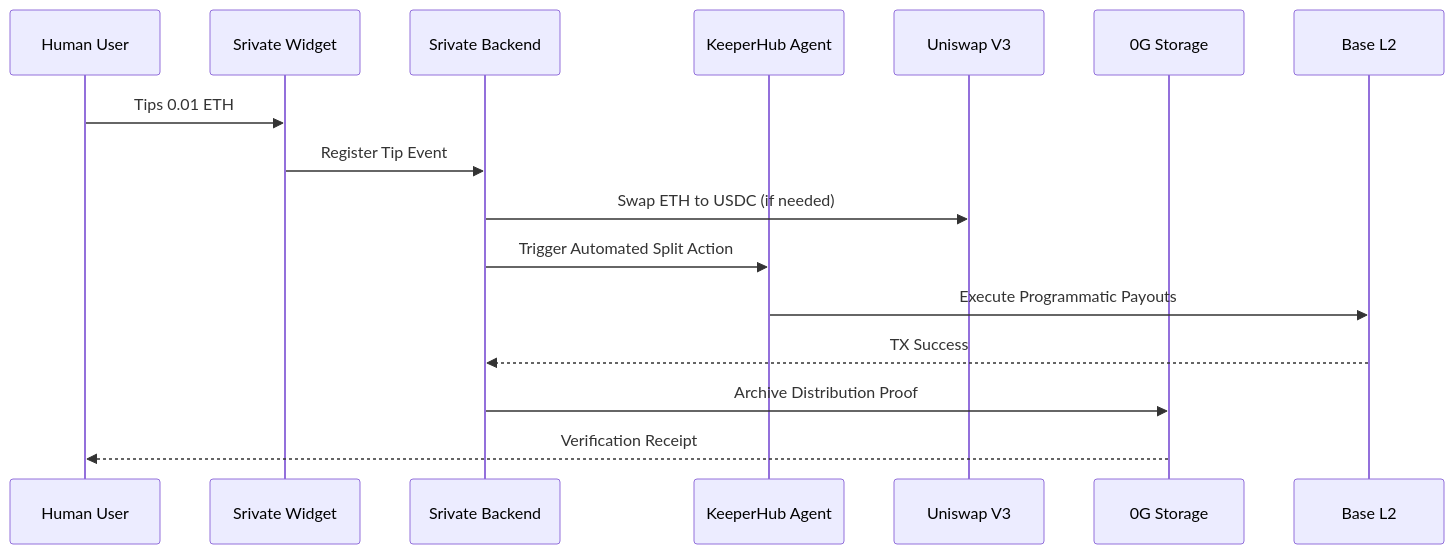
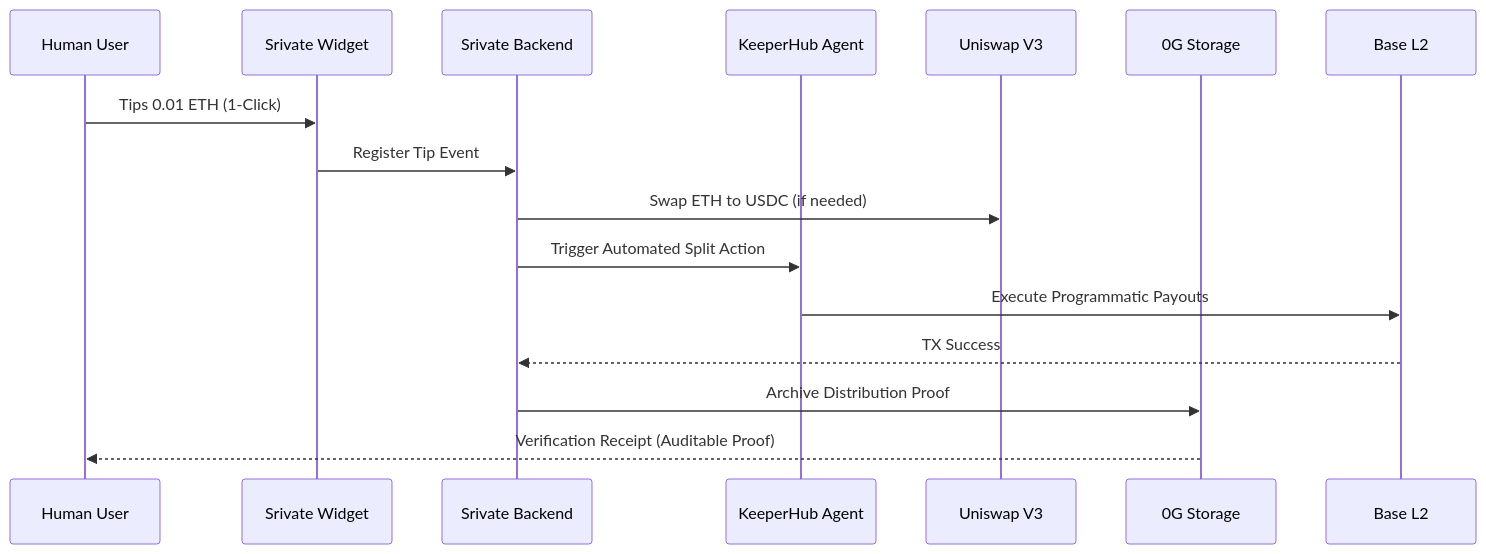
One commit to Joseph-hackathon/Srivate changed the first of 2 diagrams in README.md. Above: the diagram before and after it, drawn with Mermaid. The commit also changed other lines of this file and 4 other files, not shown here.

````diff
--- a/README.md
+++ b/README.md
@@ -45,19 +51,19 @@
 ```mermaid
 sequenceDiagram
     participant User as Human User
     participant Widget as Srivate Widget
     participant Backend as Srivate Backend
     participant Keeper as KeeperHub Agent
     participant Finance as Uniswap V3
     participant Storage as 0G Storage
     participant Chain as Base L2
 
-    User->>Widget: Tips 0.01 ETH
+    User->>Widget: Tips 0.01 ETH (1-Click)
     Widget->>Backend: Register Tip Event
     Backend->>Finance: Swap ETH to USDC (if needed)
     Backend->>Keeper: Trigger Automated Split Action
     Keeper->>Chain: Execute Programmatic Payouts
     Chain-->>Backend: TX Success
     Backend->>Storage: Archive Distribution Proof
-    Storage-->>User: Verification Receipt
+    Storage-->>User: Verification Receipt (Auditable Proof)
 ```
````
